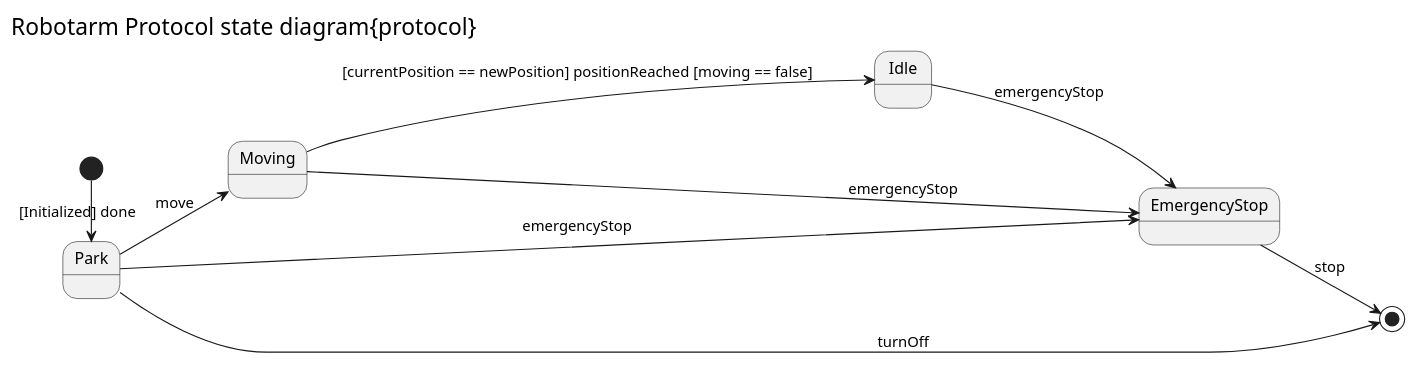
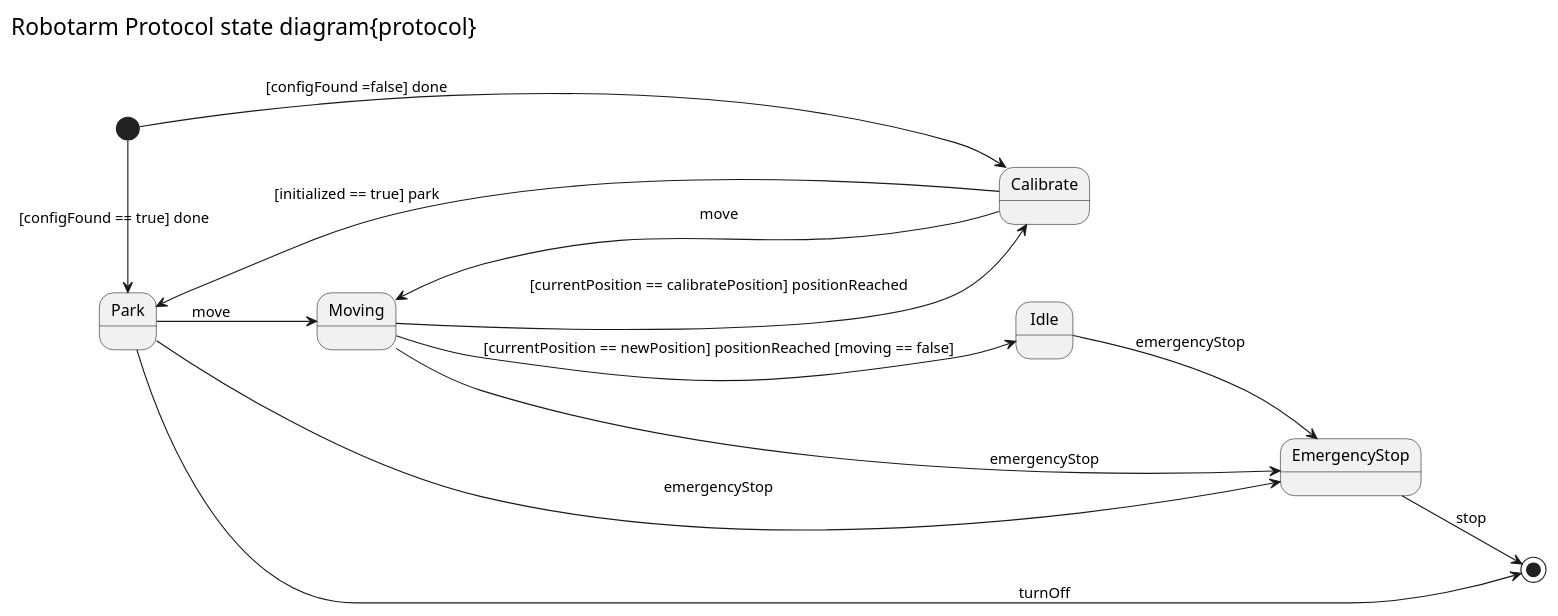
One commit to JochemGrootherder1/WorWorld changed the diagram in documentation/ProtocolStateDiagram.plantuml. Above: the diagram before and after it, drawn with PlantUML. The commit also changed 2 other files, not shown here.

Commit message:
state diagram en notes

```diff
--- a/documentation/ProtocolStateDiagram.plantuml
+++ b/documentation/ProtocolStateDiagram.plantuml
@@ -1,23 +1,26 @@
 @startuml protocolStateMachine
 
 left header
 <font size=20 color=black>Robotarm Protocol state diagram{protocol} </font>
 endheader
 
 left to right direction
 State Moving
 State Idle
 State Park
 State EmergencyStop
 
-[*]-> Park : [Initialized] done
+[*]-> Park : [configFound == true] done
+[*]-> Calibrate : [configFound =false] done
 Park --> Moving : move
 Moving --> Idle : [currentPosition == newPosition] positionReached [moving == false]
-
+Calibrate --> Moving : move
+Moving --> Calibrate : [currentPosition == calibratePosition] positionReached 
+Calibrate --> Park : [initialized == true] park
 Park --> EmergencyStop : emergencyStop
 Moving --> EmergencyStop : emergencyStop
 Idle --> EmergencyStop : emergencyStop
 
 Park --> [*] :  turnOff
 EmergencyStop --> [*] : stop
 @enduml
```
